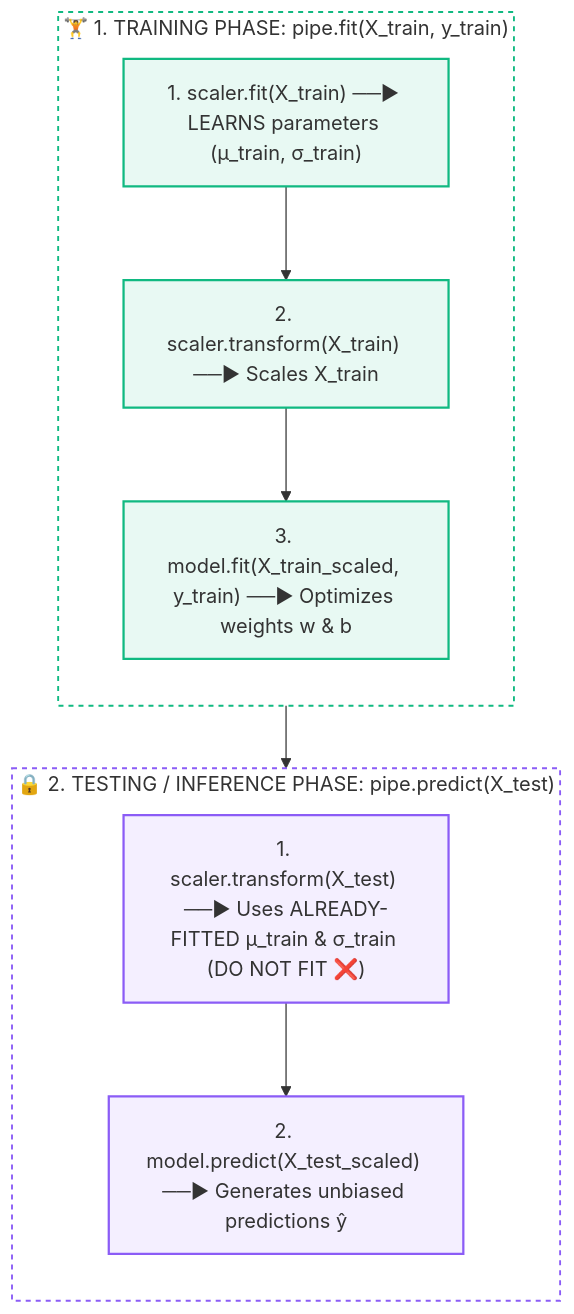
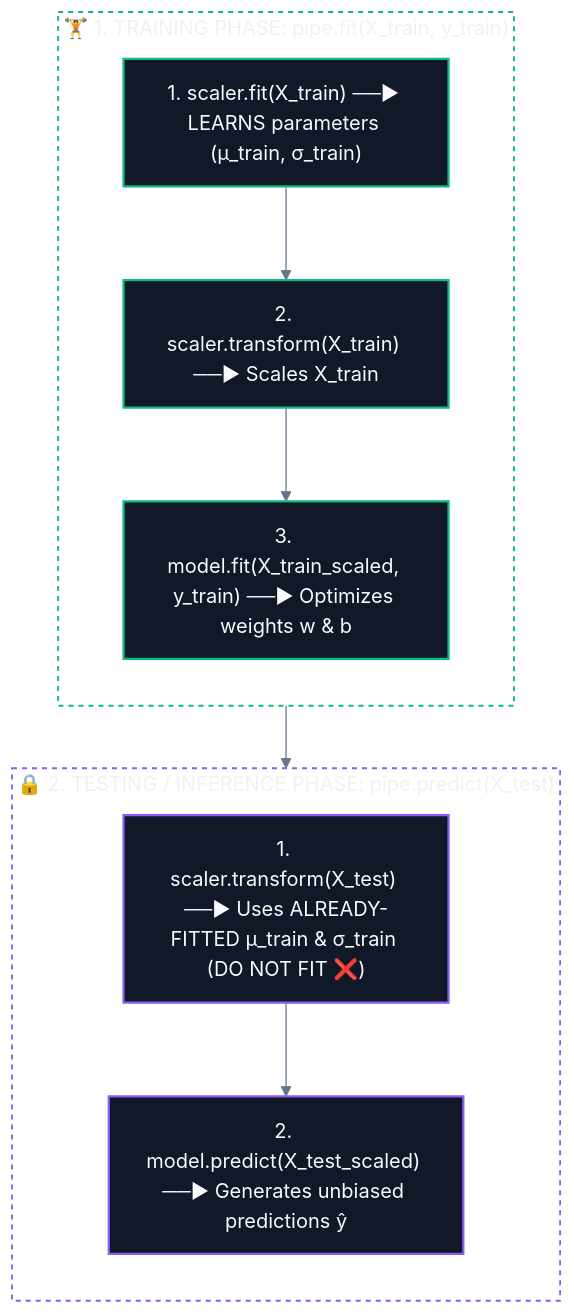
The second of 3 diagrams in CS/AI & ML/02. Data Preprocessing/05. Scikit-Learn Pipeline.md (abhinavbharti2345/CS_Notes), drawn with Mermaid before and after one commit. The commit also changed other lines of this file and 195 other files, not shown here.

````diff
--- a/CS/AI & ML/02. Data Preprocessing/05. Scikit-Learn Pipeline.md
+++ b/CS/AI & ML/02. Data Preprocessing/05. Scikit-Learn Pipeline.md
@@ -90,28 +91,29 @@
 ```mermaid
+%%{init: {'theme': 'base', 'themeVariables': { 'darkMode': true, 'background': '#0B0F14', 'mainBkg': '#111827', 'primaryColor': '#111827', 'primaryTextColor': '#F8FAFC', 'primaryBorderColor': '#38BDF8', 'lineColor': '#64748B', 'secondaryColor': '#0B0F14', 'tertiaryColor': '#0B0F14', 'clusterBkg': '#0B0F14', 'clusterBorder': '#38BDF8' }}}%%
 flowchart TD
     subgraph FitPhase ["🏋️ 1. TRAINING PHASE: pipe.fit(X_train, y_train)"]
         direction TB
         F1["1. scaler.fit(X_train) ──► LEARNS parameters (μ_train, σ_train)"]
         F2["2. scaler.transform(X_train) ──► Scales X_train"]
         F3["3. model.fit(X_train_scaled, y_train) ──► Optimizes weights w & b"]
         F1 --> F2 --> F3
     end
 
     subgraph PredPhase ["🔒 2. TESTING / INFERENCE PHASE: pipe.predict(X_test)"]
         direction TB
         P1["1. scaler.transform(X_test) ──► Uses ALREADY-FITTED μ_train & σ_train (DO NOT FIT ❌)"]
         P2["2. model.predict(X_test_scaled) ──► Generates unbiased predictions ŷ"]
         P1 --> P2
     end
 
     FitPhase --> PredPhase
 
     style FitPhase fill:none,stroke:#10b981,stroke-width:1.5px,stroke-dasharray:4 4
     style PredPhase fill:none,stroke:#8b5cf6,stroke-width:1.5px,stroke-dasharray:4 4
 
-    classDef fitNode fill:#10b98118,stroke:#10b981,stroke-width:1.8px;
-    classDef predNode fill:#8b5cf618,stroke:#8b5cf6,stroke-width:1.8px;
+    classDef fitNode fill:#111827,stroke:#10b981,stroke-width:1.8px,color:#F8FAFC;
+    classDef predNode fill:#111827,stroke:#8b5cf6,stroke-width:1.8px,color:#F8FAFC;
 
     class F1,F2,F3 fitNode;
     class P1,P2 predNode;
 ```
````
